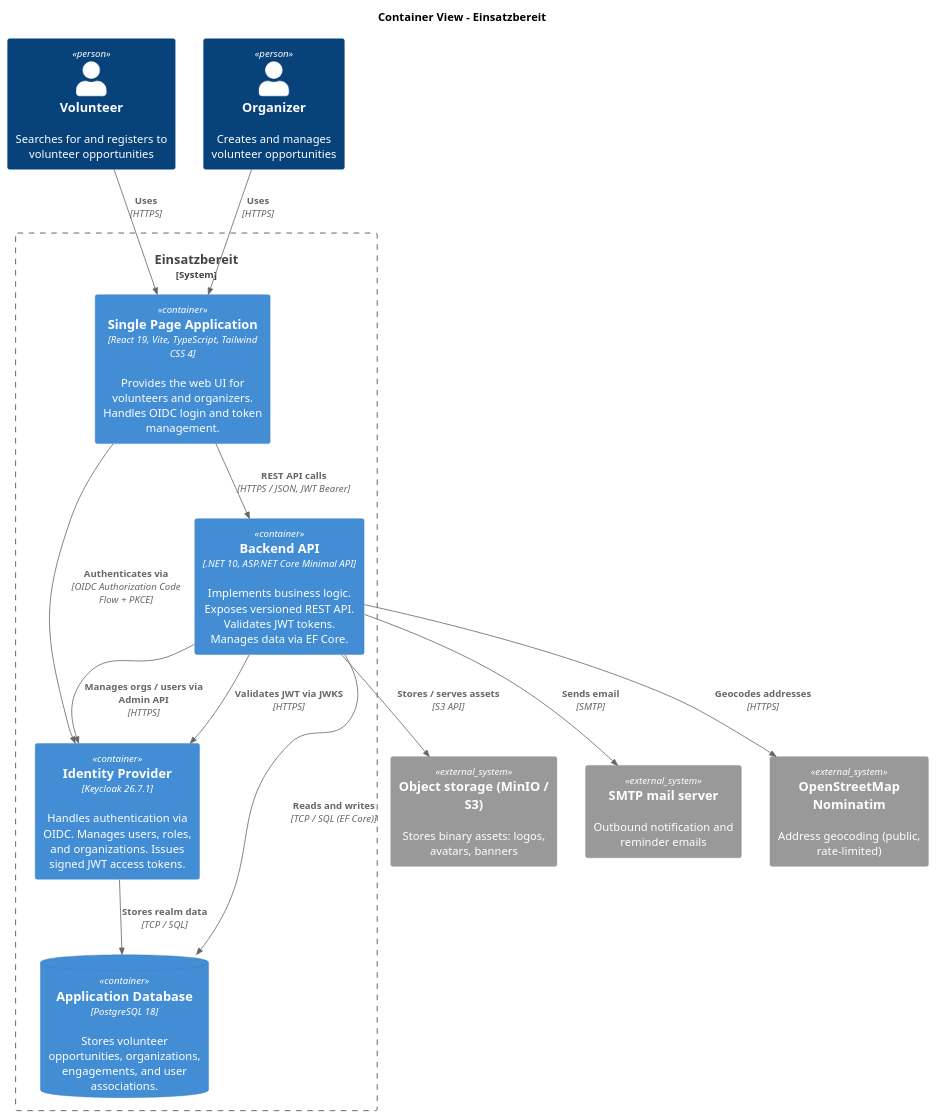
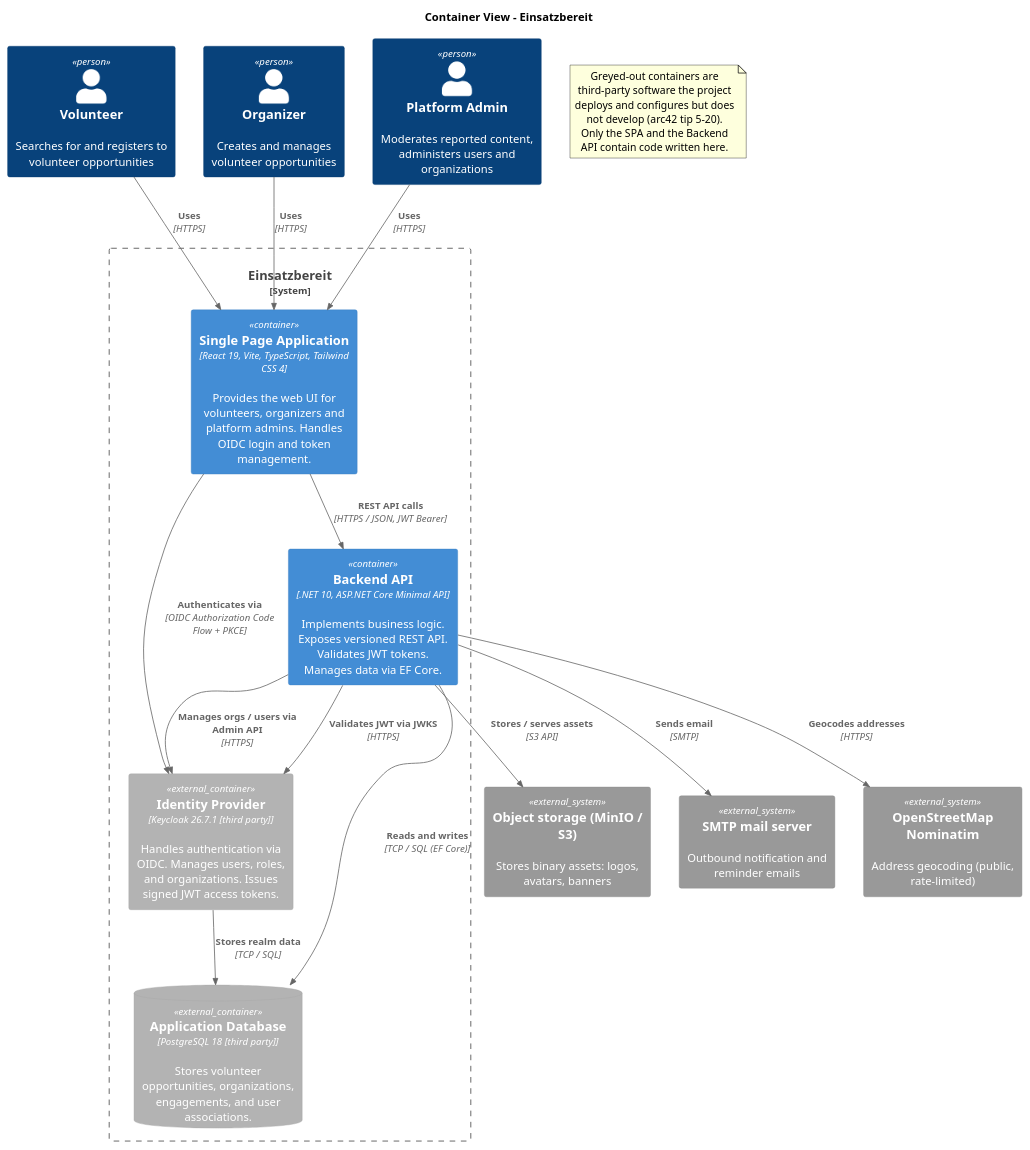
The diagram in docs/Architecture/images/container-view.puml (maik-hasler/einsatzbereit), drawn with PlantUML before and after one commit. The commit also changed 17 other files, not shown here.

```diff
--- a/docs/Architecture/images/container-view.puml
+++ b/docs/Architecture/images/container-view.puml
@@ -1,33 +1,41 @@
 @startuml Container View
 
 !include <C4/C4_Container>
 
 title Container View - Einsatzbereit
 
 Person(volunteer, "Volunteer", "Searches for and registers to volunteer opportunities")
 Person(organizer, "Organizer", "Creates and manages volunteer opportunities")
+Person(admin, "Platform Admin", "Moderates reported content, administers users and organizations")
 
 System_Boundary(einsatzbereit, "Einsatzbereit") {
-		Container(frontend, "Single Page Application", "React 19, Vite, TypeScript, Tailwind CSS 4", "Provides the web UI for volunteers and organizers. Handles OIDC login and token management.")
+		Container(frontend, "Single Page Application", "React 19, Vite, TypeScript, Tailwind CSS 4", "Provides the web UI for volunteers, organizers and platform admins. Handles OIDC login and token management.")
 		Container(backend, "Backend API", ".NET 10, ASP.NET Core Minimal API", "Implements business logic. Exposes versioned REST API. Validates JWT tokens. Manages data via EF Core.")
-		ContainerDb(db, "Application Database", "PostgreSQL 18", "Stores volunteer opportunities, organizations, engagements, and user associations.")
-		Container(keycloak, "Identity Provider", "Keycloak 26.7.1", "Handles authentication via OIDC. Manages users, roles, and organizations. Issues signed JWT access tokens.")
+		ContainerDb_Ext(db, "Application Database", "PostgreSQL 18 [third party]", "Stores volunteer opportunities, organizations, engagements, and user associations.")
+		Container_Ext(keycloak, "Identity Provider", "Keycloak 26.7.1 [third party]", "Handles authentication via OIDC. Manages users, roles, and organizations. Issues signed JWT access tokens.")
 }
 
 System_Ext(objectstore, "Object storage (MinIO / S3)", "Stores binary assets: logos, avatars, banners")
 System_Ext(smtp, "SMTP mail server", "Outbound notification and reminder emails")
 System_Ext(nominatim, "OpenStreetMap Nominatim", "Address geocoding (public, rate-limited)")
 
 Rel(volunteer, frontend, "Uses", "HTTPS")
 Rel(organizer, frontend, "Uses", "HTTPS")
+Rel(admin, frontend, "Uses", "HTTPS")
 Rel(frontend, backend, "REST API calls", "HTTPS / JSON, JWT Bearer")
 Rel(frontend, keycloak, "Authenticates via", "OIDC Authorization Code Flow + PKCE")
 Rel(backend, db, "Reads and writes", "TCP / SQL (EF Core)")
 Rel(backend, keycloak, "Validates JWT via JWKS", "HTTPS")
 Rel(backend, keycloak, "Manages orgs / users via Admin API", "HTTPS")
 Rel(backend, objectstore, "Stores / serves assets", "S3 API")
 Rel(backend, smtp, "Sends email", "SMTP")
 Rel(backend, nominatim, "Geocodes addresses", "HTTPS")
 Rel(keycloak, db, "Stores realm data", "TCP / SQL")
 
+note as ThirdParty
+	Greyed-out containers are third-party software the project
+	deploys and configures but does not develop (arc42 tip 5-20).
+	Only the SPA and the Backend API contain code written here.
+end note
+
 @enduml
```
